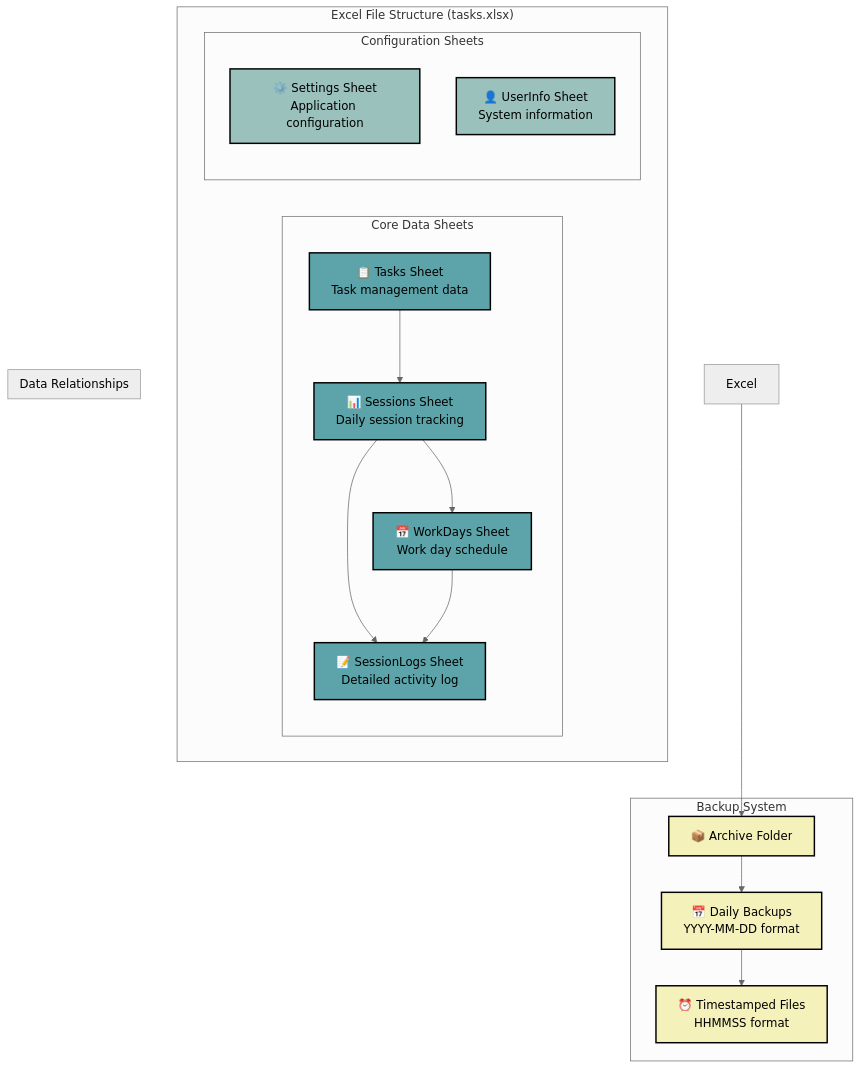
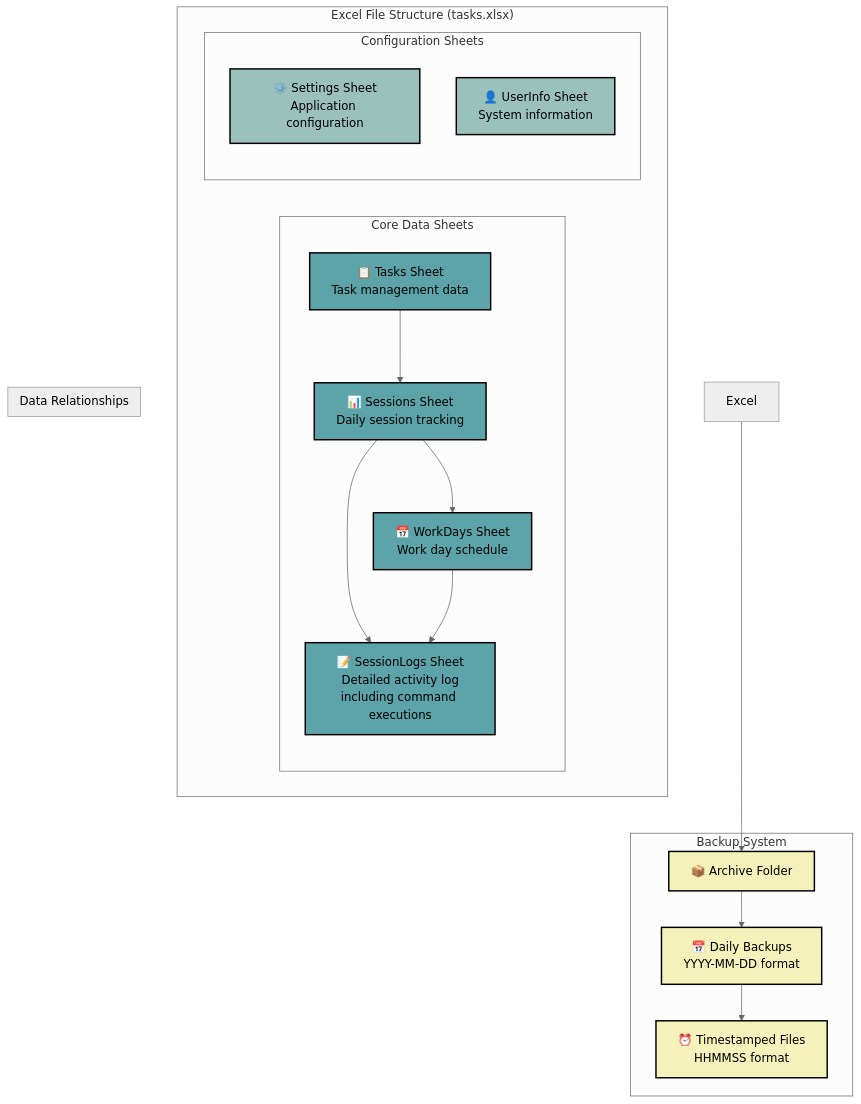
One commit to nirajpant07/TaskManagerCLI changed the fifth of 6 diagrams in ARCHITECTURE.md. Above: the diagram before and after it, drawn with Mermaid (neutral theme). The commit also changed other lines of this file and 5 other files, not shown here.

First line of the commit message:
feat: Add comprehensive command logging to SessionLogs sheet

````diff
--- a/ARCHITECTURE.md
+++ b/ARCHITECTURE.md
@@ -455,43 +457,43 @@
 ```mermaid
 graph TB
     subgraph "Excel File Structure (tasks.xlsx)"
         subgraph "Core Data Sheets"
             Tasks[📋 Tasks Sheet<br/>Task management data]
             Sessions[📊 Sessions Sheet<br/>Daily session tracking]
             WorkDays[📅 WorkDays Sheet<br/>Work day schedule]
-            SessionLogs[📝 SessionLogs Sheet<br/>Detailed activity log]
+            SessionLogs[📝 SessionLogs Sheet<br/>Detailed activity log<br/>including command executions]
         end
         
         subgraph "Configuration Sheets"
             Settings[⚙️ Settings Sheet<br/>Application configuration]
             UserInfo[👤 UserInfo Sheet<br/>System information]
         end
     end
 
     subgraph "Data Relationships"
         Tasks --> Sessions
         Sessions --> WorkDays
         Sessions --> SessionLogs
         WorkDays --> SessionLogs
     end
 
     subgraph "Backup System"
         Archive[📦 Archive Folder]
         DailyBackups[📅 Daily Backups<br/>YYYY-MM-DD format]
         TimestampedFiles[⏰ Timestamped Files<br/>HHMMSS format]
     end
 
     Excel --> Archive
     Archive --> DailyBackups
     DailyBackups --> TimestampedFiles
 
     %% Styling
     classDef excelFile fill:#E6EBE0,stroke:#000000,stroke-width:2px,color:#000000
     classDef coreData fill:#5CA4A9,stroke:#000000,stroke-width:2px,color:#000000
     classDef configData fill:#9BC1BC,stroke:#000000,stroke-width:2px,color:#000000
     classDef backupSystem fill:#F4F1BB,stroke:#000000,stroke-width:2px,color:#000000
 
     class Tasks,Sessions,WorkDays,SessionLogs coreData
     class Settings,UserInfo configData
     class Archive,DailyBackups,TimestampedFiles backupSystem
 ```
````
